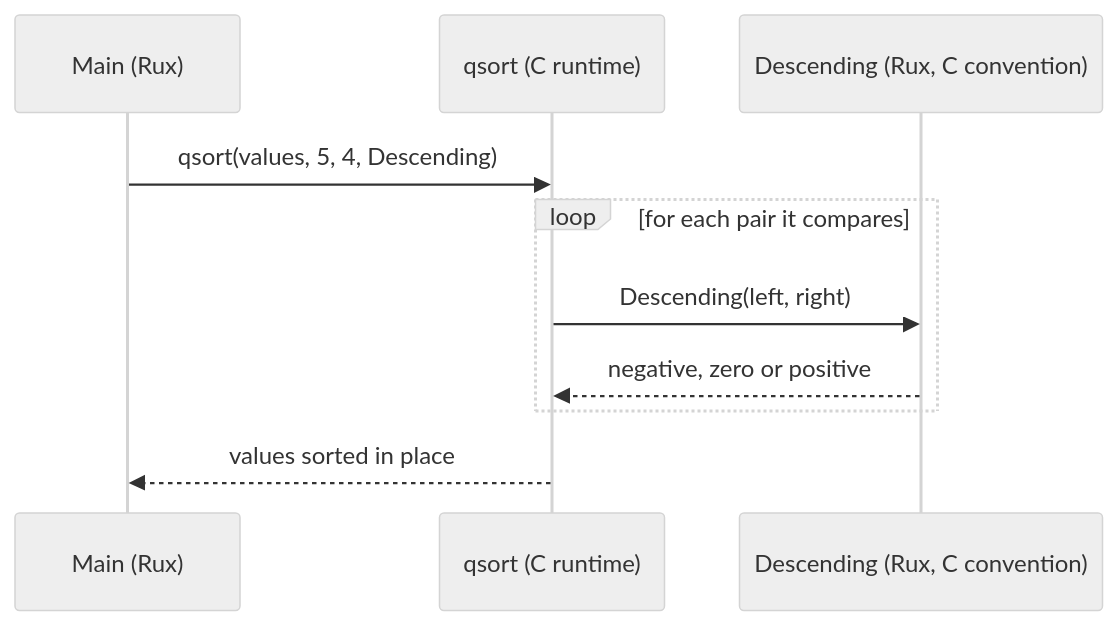
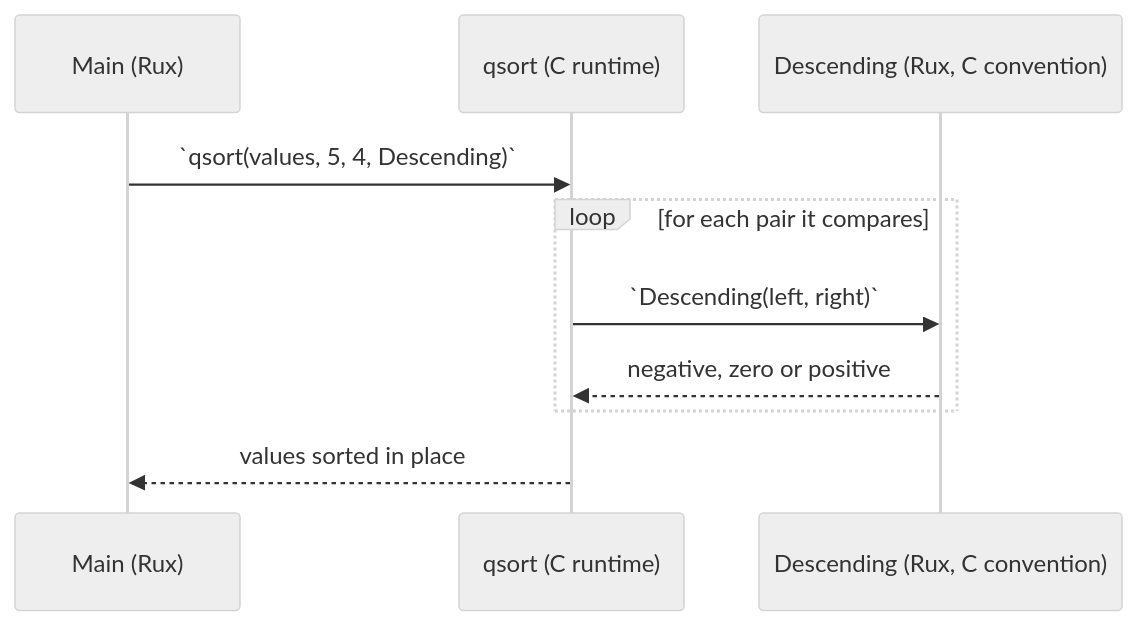
Before and after one commit to rux-lang/Web: the diagram in content/docs/1.learn/24.platform/03.abi.md, drawn with Mermaid (neutral theme). The commit also changed 187 other files, not shown here.

First line of the commit message:
Draw the Learn diagrams for phones, with code in the mono face

````diff
--- a/content/docs/1.learn/24.platform/03.abi.md
+++ b/content/docs/1.learn/24.platform/03.abi.md
@@ -91,12 +91,12 @@
 ```mermaid
 sequenceDiagram
     participant M as Main (Rux)
     participant Q as qsort (C runtime)
     participant D as Descending (Rux, C convention)
-    M->>Q: qsort(values, 5, 4, Descending)
+    M->>Q: `qsort(values, 5, 4, Descending)`
     loop for each pair it compares
-        Q->>D: Descending(left, right)
+        Q->>D: `Descending(left, right)`
         D-->>Q: negative, zero or positive
     end
     Q-->>M: values sorted in place
 ```
````
